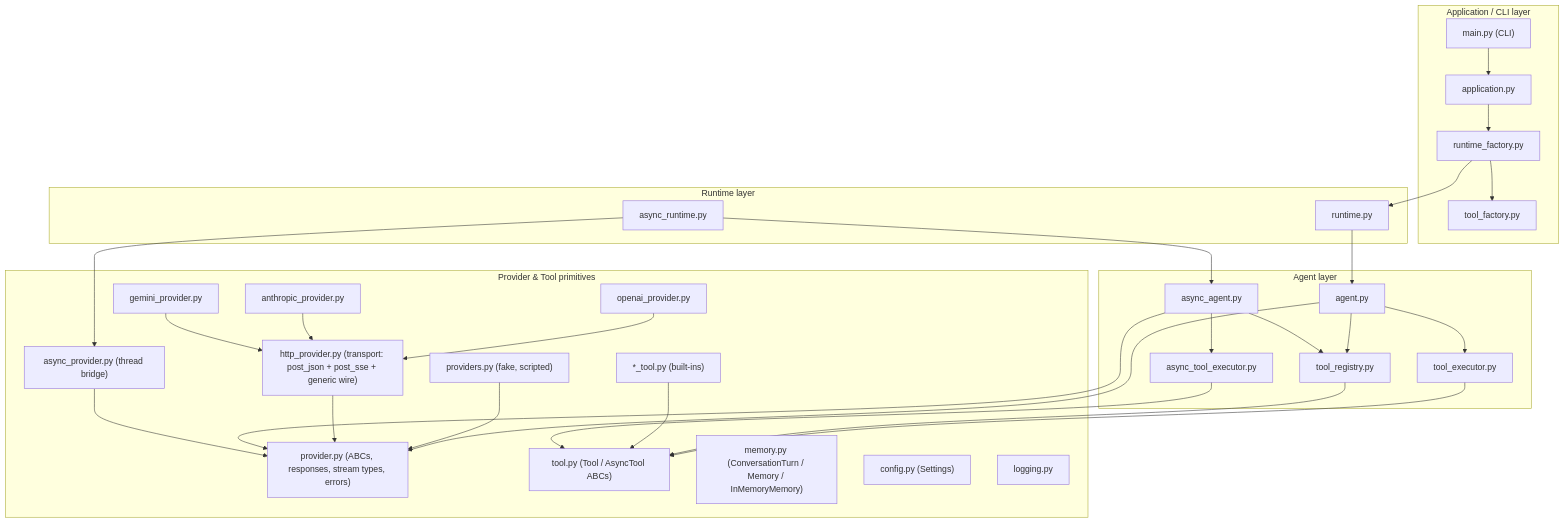
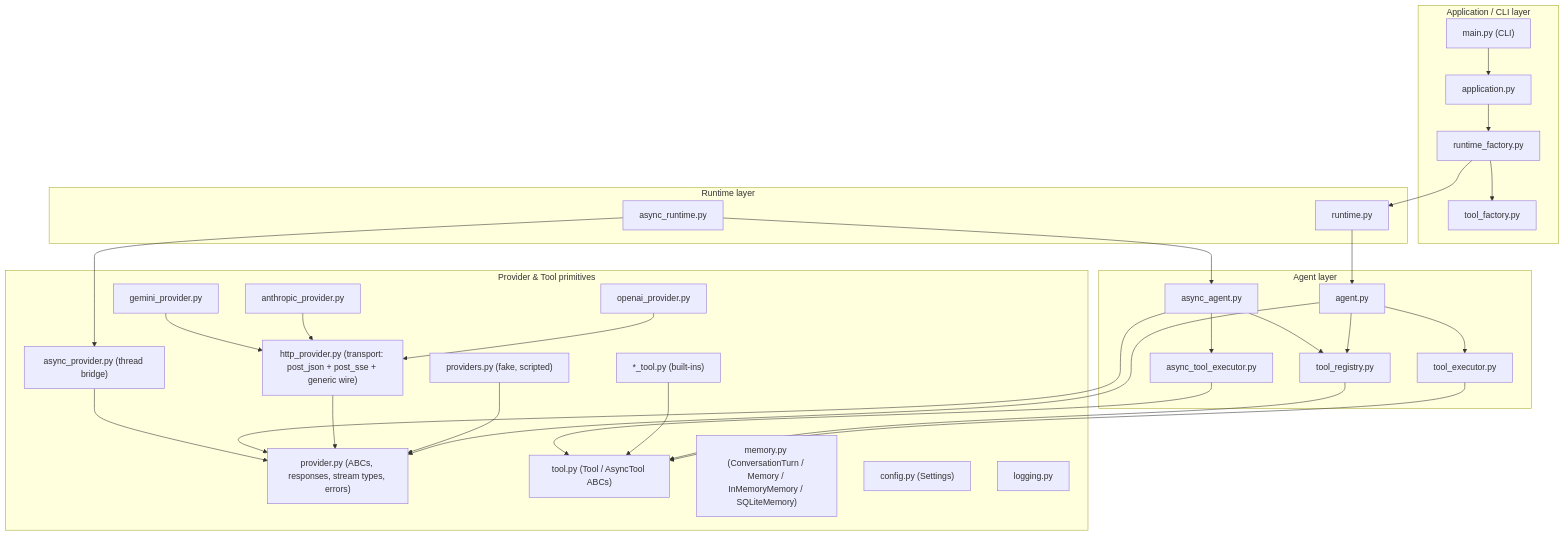
Before and after one commit to Abolfazlrwm/nexusagent: the diagram in docs/architecture.md, drawn with Mermaid. The commit also changed other lines of this file and 5 other files, not shown here.

First line of the commit message:
docs: document SQLite memory backend (ADR 0013, README, architecture, status)

````diff
--- a/docs/architecture.md
+++ b/docs/architecture.md
@@ -8,55 +8,55 @@
 ```mermaid
 flowchart TB
     subgraph L4["Application / CLI layer"]
         MAIN["main.py (CLI)"]
         APP["application.py"]
         RF["runtime_factory.py"]
         TF["tool_factory.py"]
     end
     subgraph L3["Runtime layer"]
         RT["runtime.py"]
         ART["async_runtime.py"]
     end
     subgraph L2["Agent layer"]
         AG["agent.py"]
         AAG["async_agent.py"]
         TE["tool_executor.py"]
         ATE["async_tool_executor.py"]
         TRG["tool_registry.py"]
     end
     subgraph L1["Provider & Tool primitives"]
         PR["provider.py (ABCs, responses, stream types, errors)"]
         APV["async_provider.py (thread bridge)"]
         PV["providers.py (fake, scripted)"]
         HP["http_provider.py (transport: post_json + post_sse + generic wire)"]
         OP["openai_provider.py"]
         ANP["anthropic_provider.py"]
         GNP["gemini_provider.py"]
         TL["tool.py (Tool / AsyncTool ABCs)"]
-        MEM["memory.py (ConversationTurn / Memory / InMemoryMemory)"]
+        MEM["memory.py (ConversationTurn / Memory / InMemoryMemory / SQLiteMemory)"]
         CT["*_tool.py (built-ins)"]
         CF["config.py (Settings)"]
         LG["logging.py"]
     end
     MAIN --> APP --> RF --> RT
     RF --> TF
     RT --> AG
     AG --> TE
     AG --> TRG
     AG --> PR
     TE --> TL
     TRG --> TL
     PV --> PR
     HP --> PR
     OP --> HP
     ANP --> HP
     GNP --> HP
     CT --> TL
     ART --> AAG
     AAG --> ATE
     AAG --> TRG
     AAG --> PR
     ATE --> TL
     ART --> APV
     APV --> PR
 ```
````
